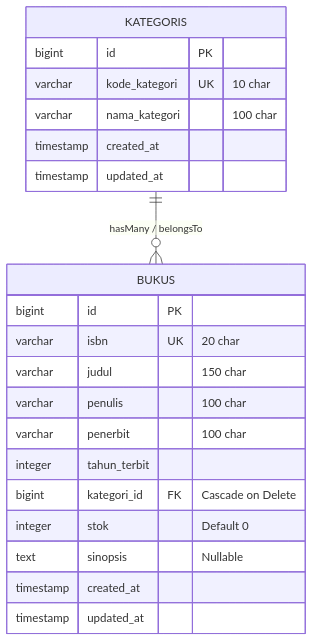
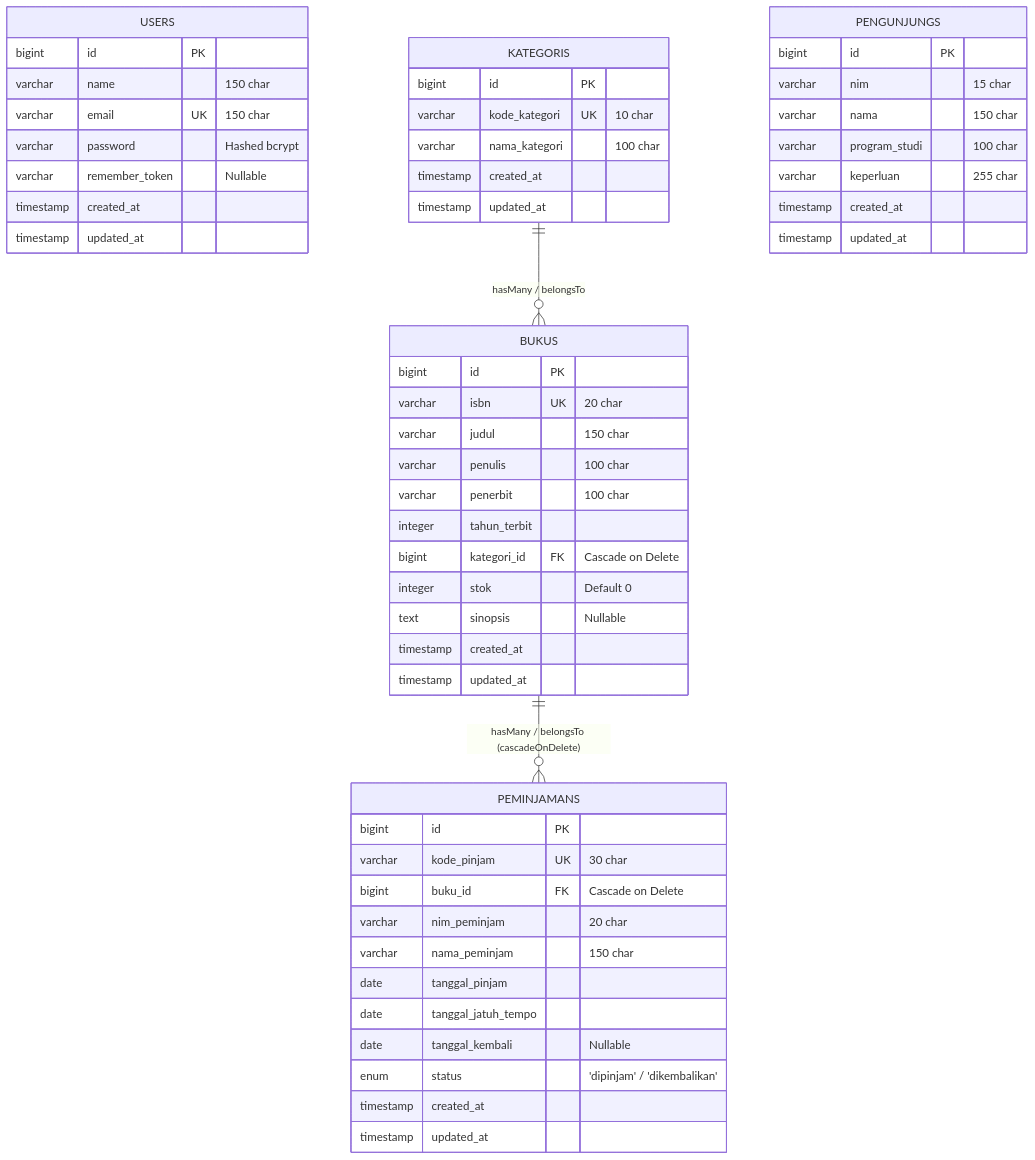
The diagram in README.md (ArionManurung/ppw-2026-week5-12S24014), drawn with Mermaid before and after one commit. The commit also changed other lines of this file, not shown here.

Commit message:
docs: update documentation with ERD, ACID test proofs, and cookie audit

````diff
--- a/README.md
+++ b/README.md
@@ -30,24 +31,60 @@
 ```mermaid
 erDiagram
+    USERS {
+        bigint id PK
+        varchar name "150 char"
+        varchar email UK "150 char"
+        varchar password "Hashed bcrypt"
+        varchar remember_token "Nullable"
+        timestamp created_at
+        timestamp updated_at
+    }
+
     KATEGORIS ||--o{ BUKUS : "hasMany / belongsTo"
     KATEGORIS {
         bigint id PK
         varchar kode_kategori UK "10 char"
         varchar nama_kategori "100 char"
         timestamp created_at
         timestamp updated_at
     }
+
+    BUKUS ||--o{ PEMINJAMANS : "hasMany / belongsTo (cascadeOnDelete)"
     BUKUS {
         bigint id PK
         varchar isbn UK "20 char"
         varchar judul "150 char"
         varchar penulis "100 char"
         varchar penerbit "100 char"
         integer tahun_terbit
         bigint kategori_id FK "Cascade on Delete"
         integer stok "Default 0"
         text sinopsis "Nullable"
         timestamp created_at
         timestamp updated_at
     }
+
+    PEMINJAMANS {
+        bigint id PK
+        varchar kode_pinjam UK "30 char"
+        bigint buku_id FK "Cascade on Delete"
+        varchar nim_peminjam "20 char"
+        varchar nama_peminjam "150 char"
+        date tanggal_pinjam
+        date tanggal_jatuh_tempo
+        date tanggal_kembali "Nullable"
+        enum status "'dipinjam' / 'dikembalikan'"
+        timestamp created_at
+        timestamp updated_at
+    }
+
+    PENGUNJUNGS {
+        bigint id PK
+        varchar nim "15 char"
+        varchar nama "150 char"
+        varchar program_studi "100 char"
+        varchar keperluan "255 char"
+        timestamp created_at
+        timestamp updated_at
+    }
 ```
````
